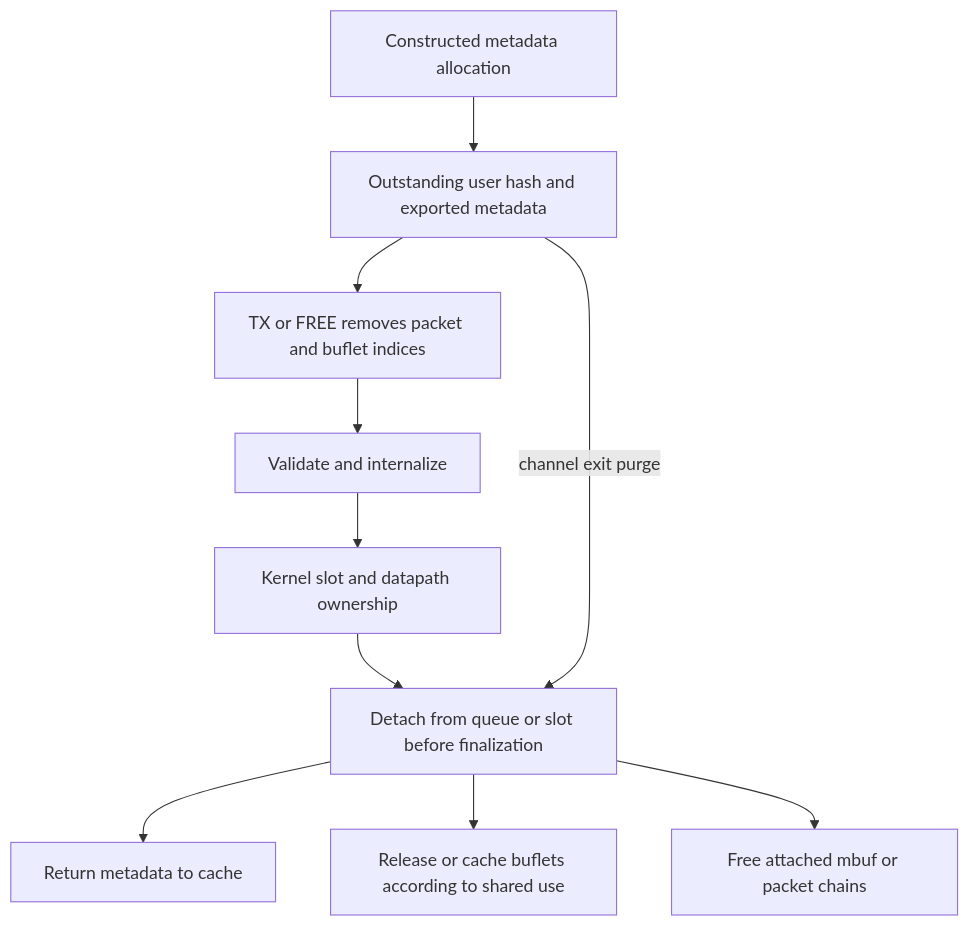
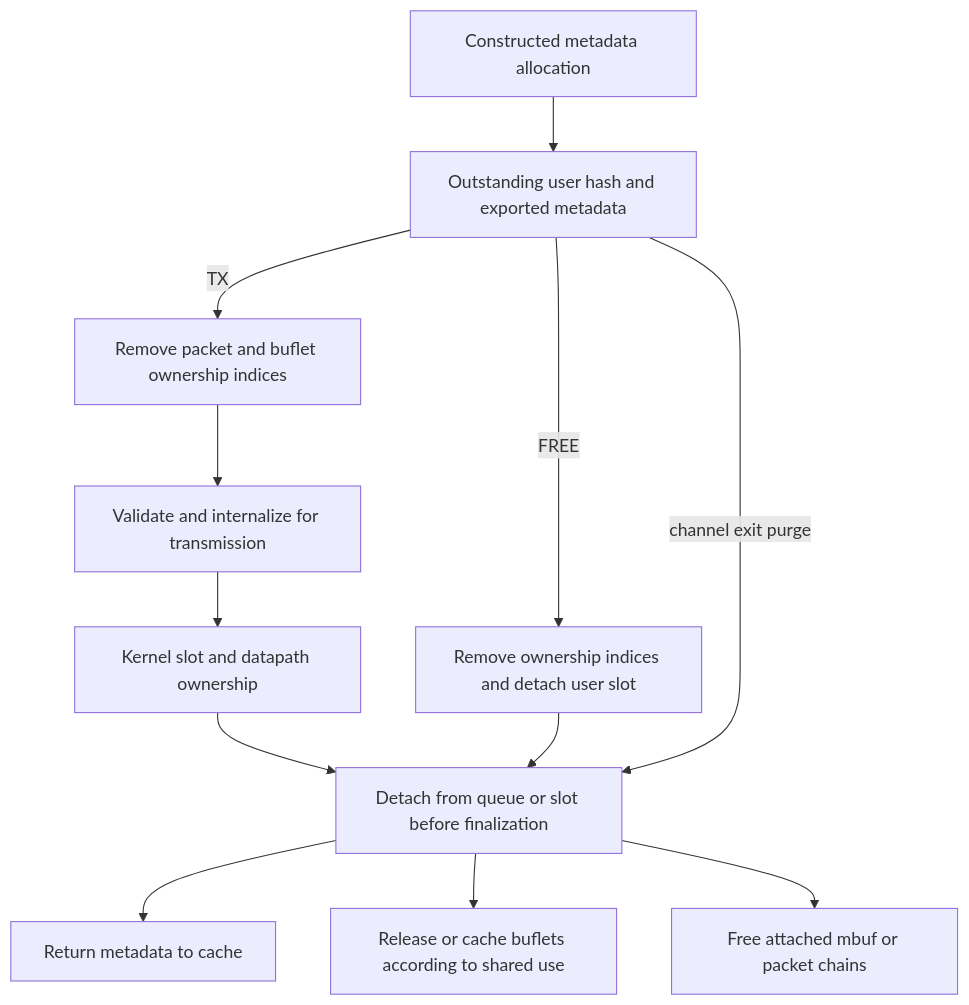
One commit to lcq2/platydoc changed the second of 2 diagrams in docs-ai/subsystems/networking/skywalk-packets-buflets-and-pools.md. Above: the diagram before and after it, drawn with Mermaid. The commit also changed other lines of this file and 63 other files, not shown here.

````diff
--- a/docs-ai/subsystems/networking/skywalk-packets-buflets-and-pools.md
+++ b/docs-ai/subsystems/networking/skywalk-packets-buflets-and-pools.md
@@ -165,12 +167,14 @@
 ```mermaid
 flowchart TD
     A[Constructed metadata allocation] --> U[Outstanding user hash and exported metadata]
-    U --> T[TX or FREE removes packet and buflet indices]
-    T --> V[Validate and internalize]
+    U -->|TX| T[Remove packet and buflet ownership indices]
+    T --> V[Validate and internalize for transmission]
     V --> K[Kernel slot and datapath ownership]
     K --> F[Detach from queue or slot before finalization]
+    U -->|FREE| R[Remove ownership indices and detach user slot]
+    R --> F
     F --> M[Return metadata to cache]
     F --> B[Release or cache buflets according to shared use]
     F --> X[Free attached mbuf or packet chains]
     U -->|channel exit purge| F
 ```
````
